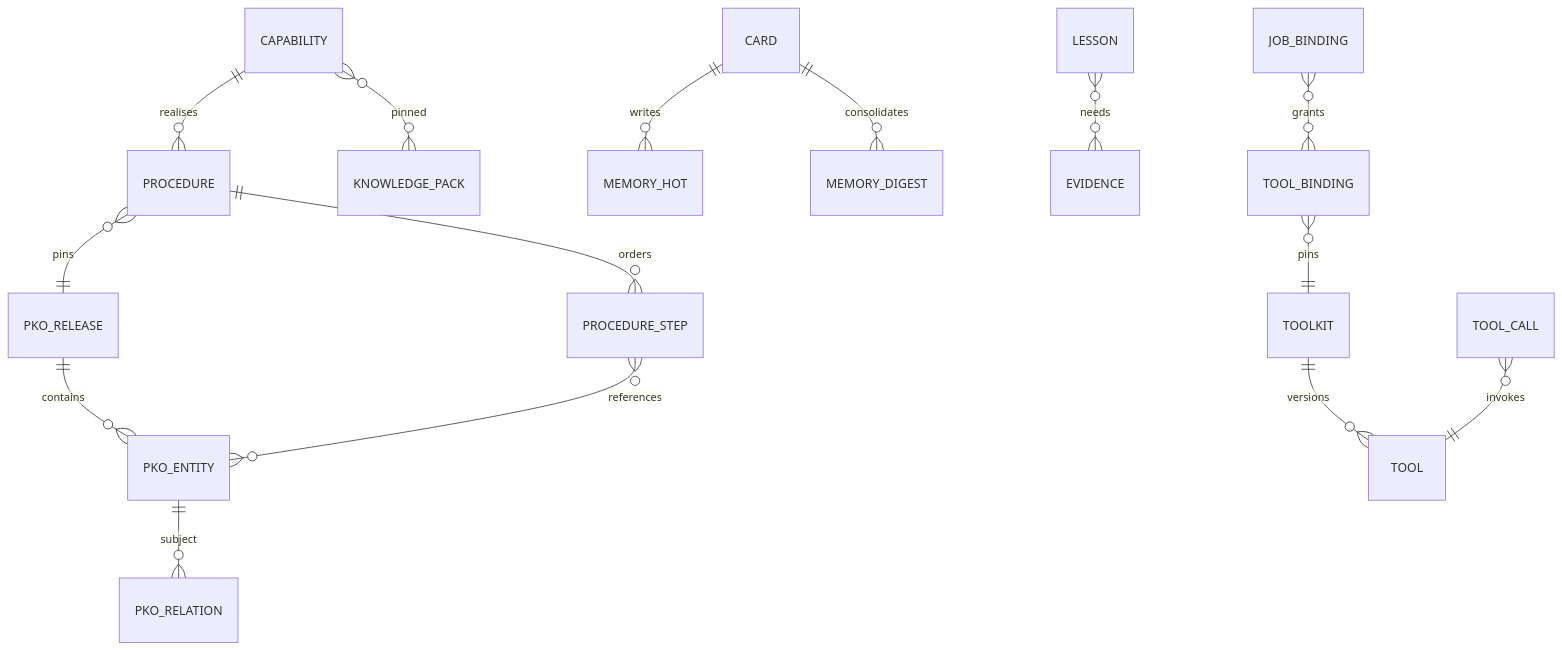
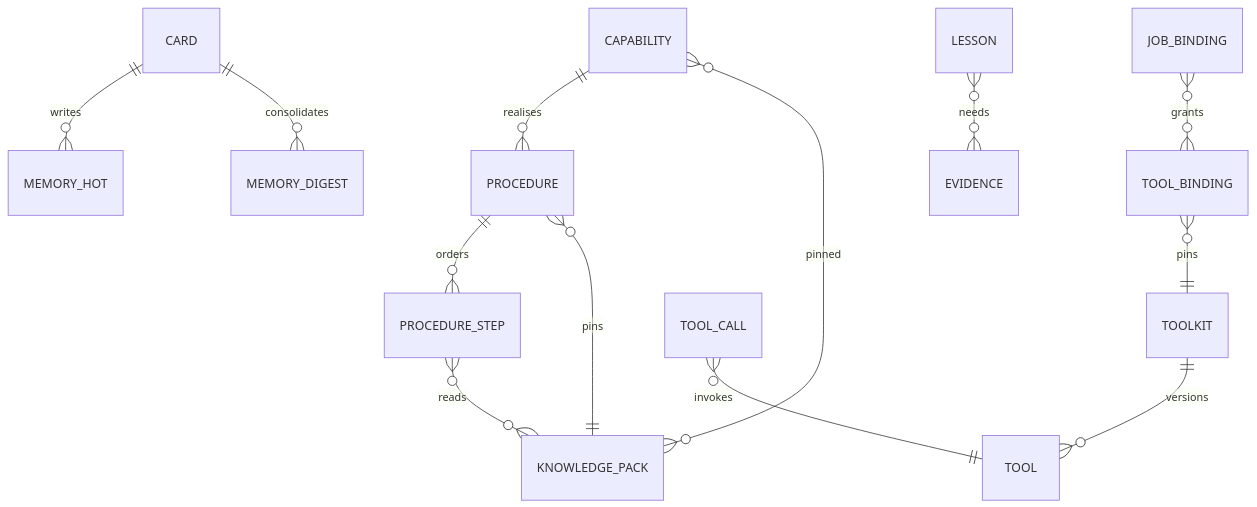
Before and after one commit to nonagenticai/conveyor: the diagram in docs/design/architecture/diagrams/er-knowledge-tools.mmd, drawn with Mermaid. The commit also changed 28 other files, not shown here.

```diff
--- a/docs/design/architecture/diagrams/er-knowledge-tools.mmd
+++ b/docs/design/architecture/diagrams/er-knowledge-tools.mmd
@@ -1,15 +1,13 @@
 erDiagram
   CAPABILITY ||--o{ PROCEDURE : realises
   PROCEDURE ||--o{ PROCEDURE_STEP : orders
-  PROCEDURE }o--|| PKO_RELEASE : pins
-  PKO_RELEASE ||--o{ PKO_ENTITY : contains
-  PKO_ENTITY ||--o{ PKO_RELATION : subject
-  PROCEDURE_STEP }o--o{ PKO_ENTITY : references
+  PROCEDURE }o--|| KNOWLEDGE_PACK : pins
+  PROCEDURE_STEP }o--o{ KNOWLEDGE_PACK : reads
   CAPABILITY }o--o{ KNOWLEDGE_PACK : pinned
   CARD ||--o{ MEMORY_HOT : writes
   CARD ||--o{ MEMORY_DIGEST : consolidates
   LESSON }o--o{ EVIDENCE : needs
   JOB_BINDING }o--o{ TOOL_BINDING : grants
   TOOLKIT ||--o{ TOOL : versions
   TOOL_BINDING }o--|| TOOLKIT : pins
   TOOL_CALL }o--|| TOOL : invokes
```
